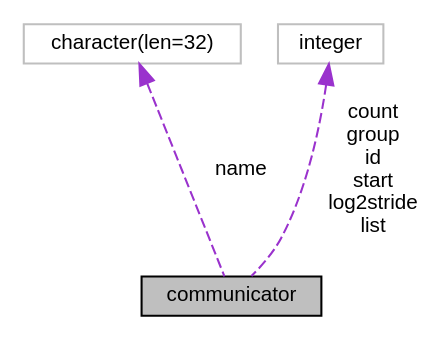
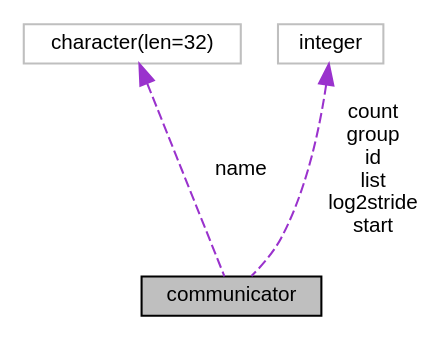
Before and after one commit to NOAA-GFDL/FMS: the diagram in structmpp__mod_1_1communicator__coll__graph.dot, drawn with Graphviz. The commit also changed 3119 other files, not shown here.

```diff
--- a/structmpp__mod_1_1communicator__coll__graph.dot
+++ b/structmpp__mod_1_1communicator__coll__graph.dot
@@ -1,12 +1,12 @@
 digraph "communicator"
 {
  // INTERACTIVE_SVG=YES
  // LATEX_PDF_SIZE
   edge [fontname="Helvetica",fontsize="10",labelfontname="Helvetica",labelfontsize="10"];
   node [fontname="Helvetica",fontsize="10",shape=record];
   Node1 [label="communicator",height=0.2,width=0.4,color="black", fillcolor="grey75", style="filled", fontcolor="black",tooltip="Communication information for message passing libraries."];
   Node2 -> Node1 [dir="back",color="darkorchid3",fontsize="10",style="dashed",label=" name" ,fontname="Helvetica"];
   Node2 [label="character(len=32)",height=0.2,width=0.4,color="grey75", fillcolor="white", style="filled",tooltip=" "];
-  Node3 -> Node1 [dir="back",color="darkorchid3",fontsize="10",style="dashed",label=" count\ngroup\nid\nstart\nlog2stride\nlist" ,fontname="Helvetica"];
+  Node3 -> Node1 [dir="back",color="darkorchid3",fontsize="10",style="dashed",label=" count\ngroup\nid\nlist\nlog2stride\nstart" ,fontname="Helvetica"];
   Node3 [label="integer",height=0.2,width=0.4,color="grey75", fillcolor="white", style="filled",tooltip=" "];
 }
```
